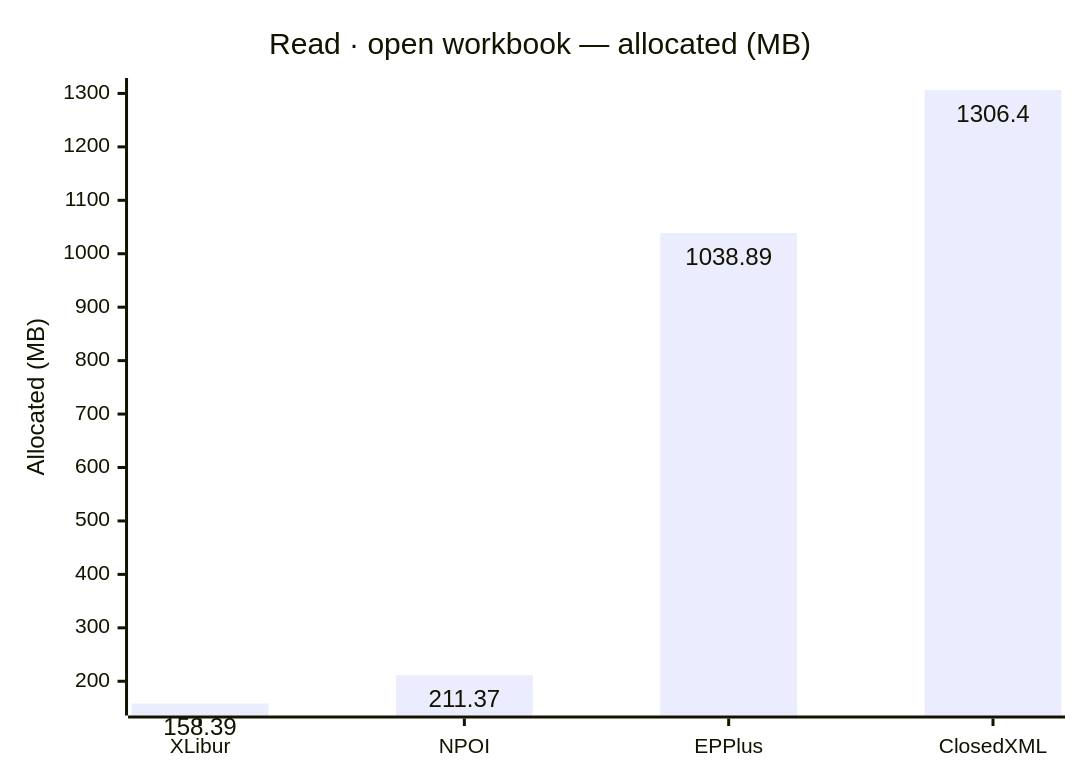
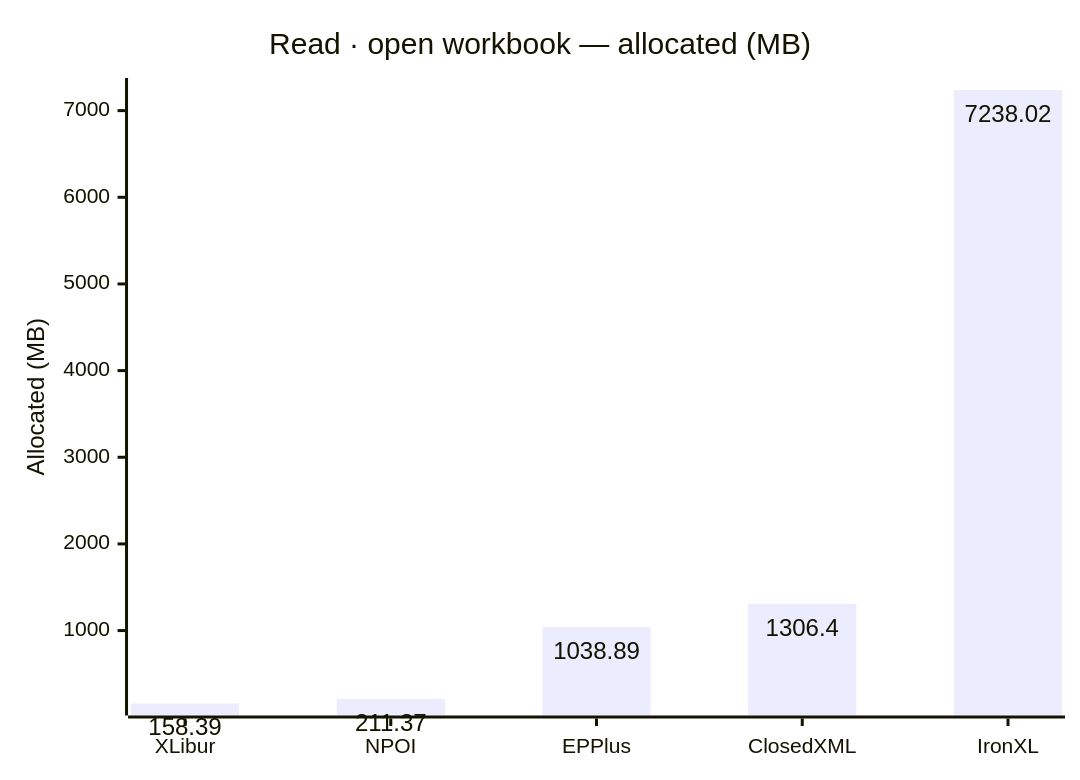
The second of 8 diagrams in docs/results.md (jafin/XLBench), drawn with Mermaid before and after one commit. The commit also changed other lines of this file and 17 other files, not shown here.

````diff
--- a/docs/results.md
+++ b/docs/results.md
@@ -47,12 +48,12 @@
 ```mermaid
 ---
 config:
   xyChart:
     showDataLabel: true
 ---
 xychart-beta
     title "Read · open workbook — allocated (MB)"
-    x-axis ["XLibur", "NPOI", "EPPlus", "ClosedXML"]
+    x-axis ["XLibur", "NPOI", "EPPlus", "ClosedXML", "IronXL"]
     y-axis "Allocated (MB)"
-    bar [158.39, 211.37, 1038.89, 1306.4]
+    bar [158.39, 211.37, 1038.89, 1306.4, 7238.02]
 ```
````
